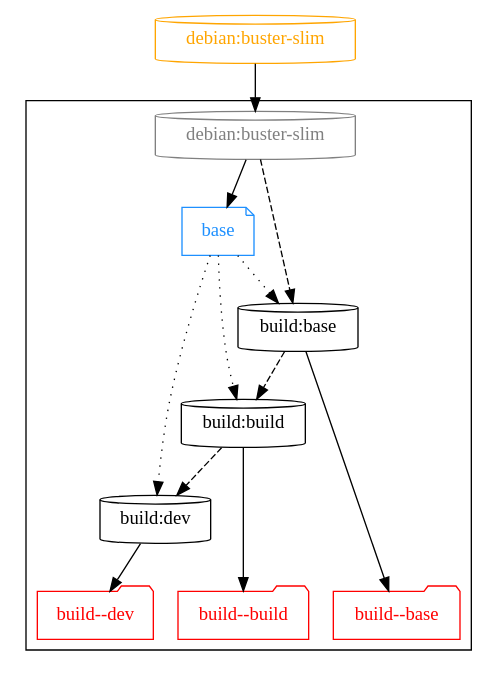
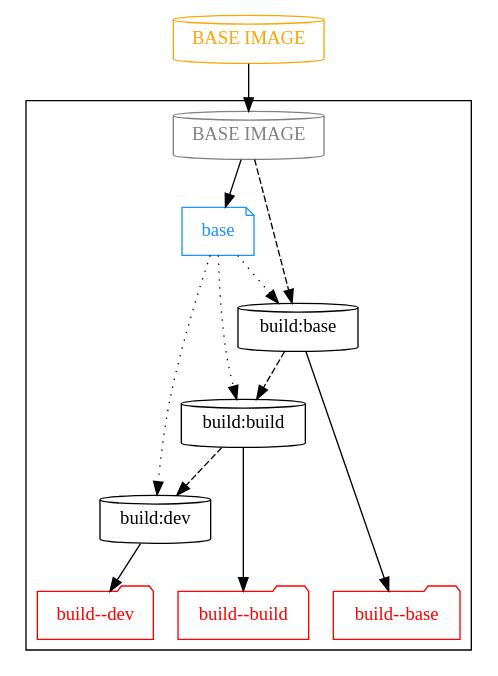
One commit to hdl/containers changed the diagram in graph/base.dot. Above: the diagram before and after it, drawn with Graphviz. The commit also changed 1 other file, not shown here.

Commit message:
graph: rename 'debian:buster-slim' to 'BASE IMAGE'

```diff
--- a/graph/base.dot
+++ b/graph/base.dot
@@ -1,81 +1,81 @@
 # Authors:
 #   Unai Martinez-Corral
 #
 # Copyright 2019-2021 Unai Martinez-Corral <unai.martinezcorral@ehu.eus>
 #
 # Licensed under the Apache License, Version 2.0 (the "License");
 # you may not use this file except in compliance with the License.
 # You may obtain a copy of the License at
 #
 #     http://www.apache.org/licenses/LICENSE-2.0
 #
 # Unless required by applicable law or agreed to in writing, software
 # distributed under the License is distributed on an "AS IS" BASIS,
 # WITHOUT WARRANTIES OR CONDITIONS OF ANY KIND, either express or implied.
 # See the License for the specific language governing permissions and
 # limitations under the License.
 #
 # SPDX-License-Identifier: Apache-2.0
 
 digraph G {
 
   #splines=polyline; #curved
   newrank=true;
 
   # Dockerfiles
 
   { node [shape=note, color=dodgerblue, fontcolor=dodgerblue]
     d_base  [label="base"];
   }
 
   # Images
 
   { node [shape=cylinder]
     "build:base"
     "build:build"
     "build:dev"
   }
 
   # External images
 
   { node [shape=cylinder, color=orange, fontcolor=orange]
-    "debian:buster-slim"
+    "BASE IMAGE"
   }
 
   # Workflows
 
   subgraph cluster_base {
     { rank=same
       node [shape=cylinder, color=grey, fontcolor=grey]
-      "p_base_debian" [label="debian:buster-slim"]
+      "p_base_debian" [label="BASE IMAGE"]
     }
 
     d_base -> {
       "build:base",
       "build:build",
       "build:dev"
     } [style=dotted];
 
     { rank=same
       node [shape=folder, color=red, fontcolor=red];
       "t_build:base" [label="build--base"];
       "t_build:build" [label="build--build"];
       "t_build:dev" [label="build--dev"];
     }
 
     "build:base" -> "t_build:base";
     "build:build" -> "t_build:build";
     "build:dev" -> "t_build:dev";
   }
 
   # Dockerfile dependencies
 
-  "debian:buster-slim" -> "p_base_debian" -> d_base;
+  "BASE IMAGE" -> "p_base_debian" -> d_base;
 
   # Image dependencies
 
   { edge [style=dashed]
     "p_base_debian" -> "build:base" -> "build:build" -> "build:dev";
   }
 
 }
```
